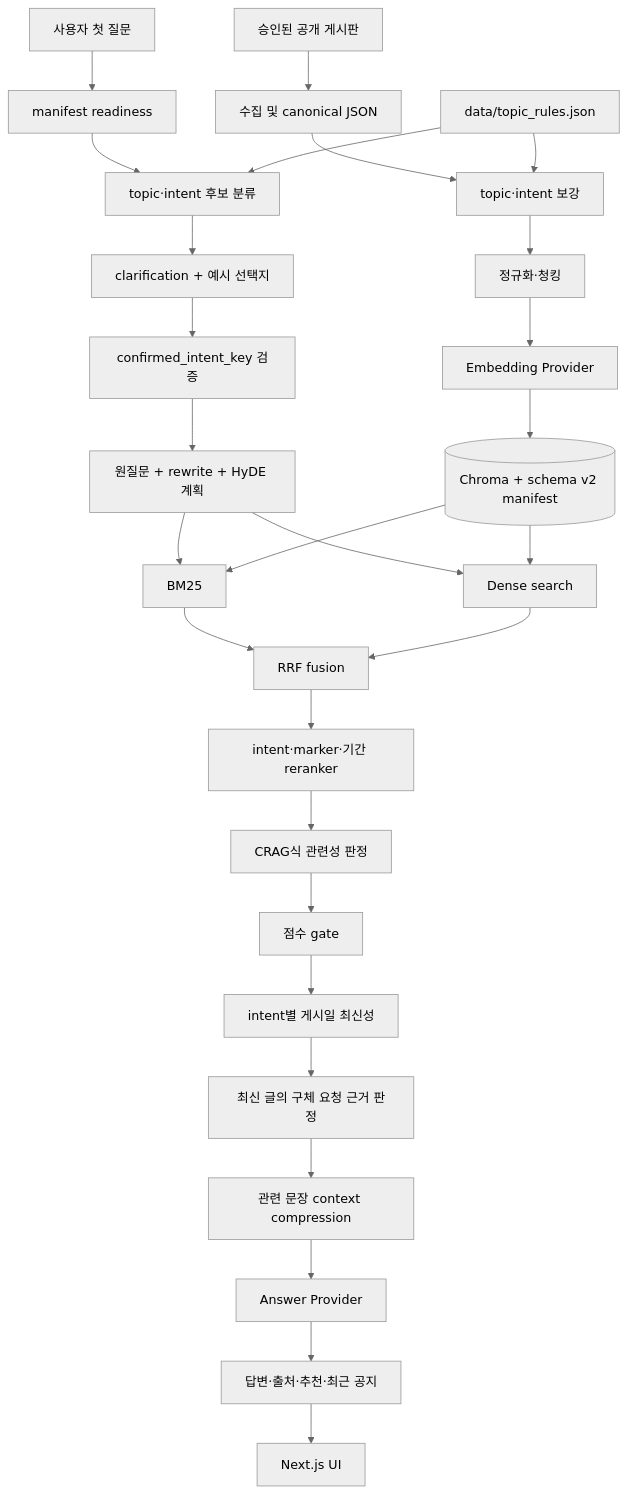
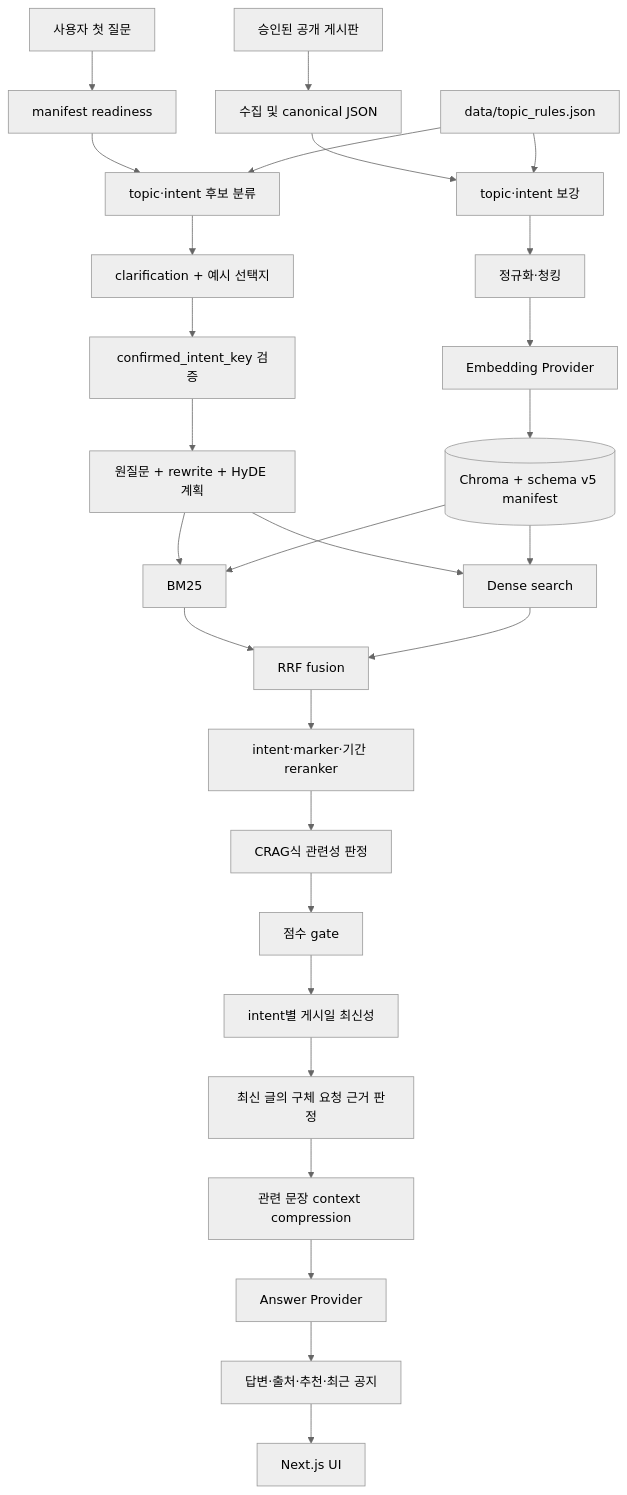
One commit to SeongHuni/Kumoh_SE_Mentoring_Bot changed the diagram in docs/rag/overview.md. Above: the diagram before and after it, drawn with Mermaid (neutral theme). The commit also changed other lines of this file and 50 other files, not shown here.

````diff
--- a/docs/rag/overview.md
+++ b/docs/rag/overview.md
@@ -15,31 +15,31 @@
 ```mermaid
 flowchart TD
     A["승인된 공개 게시판"] --> B["수집 및 canonical JSON"]
     B --> C["topic·intent 보강"]
     T["data/topic_rules.json"] --> C
     C --> D["정규화·청킹"]
     D --> E["Embedding Provider"]
-    E --> F[("Chroma + schema v2 manifest")]
+    E --> F[("Chroma + schema v5 manifest")]
 
     Q["사용자 첫 질문"] --> M["manifest readiness"]
     M --> I["topic·intent 후보 분류"]
     T --> I
     I --> CL["clarification + 예시 선택지"]
     CL --> CI["confirmed_intent_key 검증"]
     CI --> P["원질문 + rewrite + HyDE 계획"]
     P --> BM["BM25"]
     P --> DE["Dense search"]
     F --> BM
     F --> DE
     BM --> RRF["RRF fusion"]
     DE --> RRF
     RRF --> RR["intent·marker·기간 reranker"]
     RR --> CR["CRAG식 관련성 판정"]
     CR --> S["점수 gate"]
     S --> FR["intent별 게시일 최신성"]
     FR --> RE["최신 글의 구체 요청 근거 판정"]
     RE --> CC["관련 문장 context compression"]
     CC --> AN["Answer Provider"]
     AN --> API["답변·출처·추천·최근 공지"]
     API --> UI["Next.js UI"]
 ```
````
